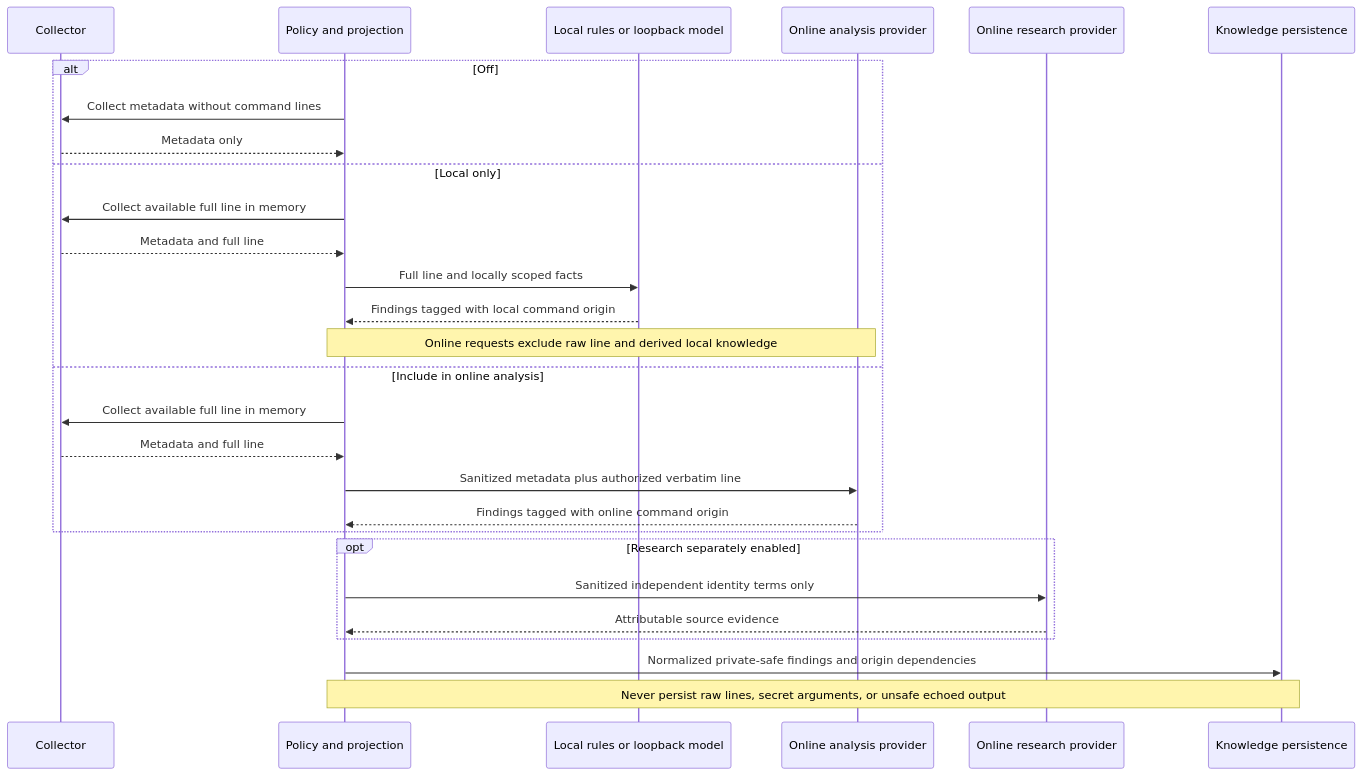
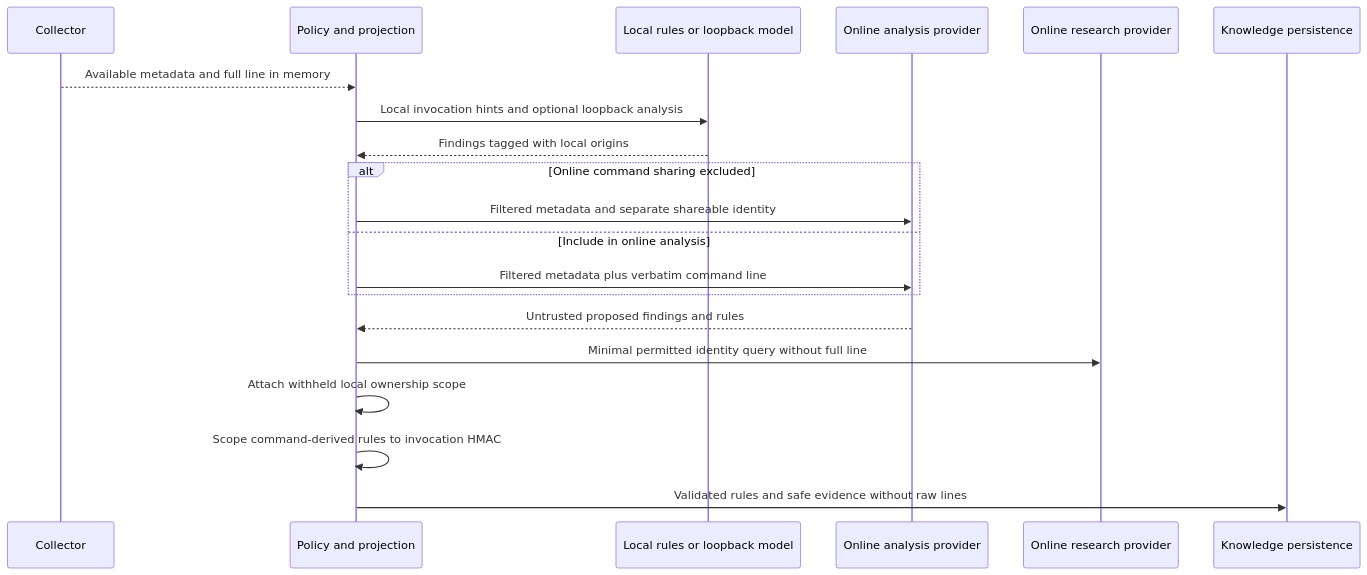
Before and after one commit to kiforsbe/procsight: the fifth of 8 diagrams in ARCHITECTURE.md, drawn with Mermaid. The commit also changed other lines of this file and 33 other files, not shown here.

````diff
--- a/ARCHITECTURE.md
+++ b/ARCHITECTURE.md
@@ -336,30 +337,22 @@
 ```mermaid
 sequenceDiagram
     participant C as Collector
     participant P as Policy and projection
     participant L as Local rules or loopback model
     participant O as Online analysis provider
     participant R as Online research provider
     participant K as Knowledge persistence
-    alt Off
-        P->>C: Collect metadata without command lines
-        C-->>P: Metadata only
-    else Local only
-        P->>C: Collect available full line in memory
-        C-->>P: Metadata and full line
-        P->>L: Full line and locally scoped facts
-        L-->>P: Findings tagged with local command origin
-        Note over P,O: Online requests exclude raw line and derived local knowledge
+    C-->>P: Available metadata and full line in memory
+    P->>L: Local invocation hints and optional loopback analysis
+    L-->>P: Findings tagged with local origins
+    alt Online command sharing excluded
+        P->>O: Filtered metadata and separate shareable identity
     else Include in online analysis
-        P->>C: Collect available full line in memory
-        C-->>P: Metadata and full line
-        P->>O: Sanitized metadata plus authorized verbatim line
-        O-->>P: Findings tagged with online command origin
+        P->>O: Filtered metadata plus verbatim command line
     end
-    opt Research separately enabled
-        P->>R: Sanitized independent identity terms only
-        R-->>P: Attributable source evidence
-    end
-    P->>K: Normalized private-safe findings and origin dependencies
-    Note over P,K: Never persist raw lines, secret arguments, or unsafe echoed output
+    O-->>P: Untrusted proposed findings and rules
+    P->>R: Minimal permitted identity query without full line
+    P->>P: Attach withheld local ownership scope
+    P->>P: Scope command-derived rules to invocation HMAC
+    P->>K: Validated rules and safe evidence without raw lines
 ```
````
